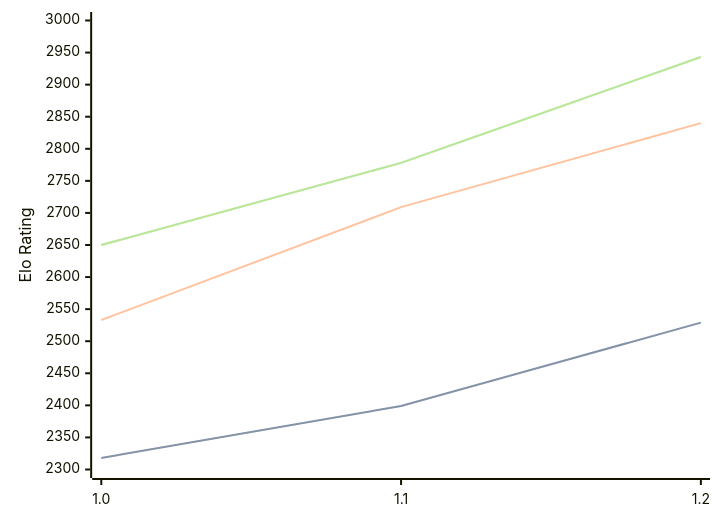
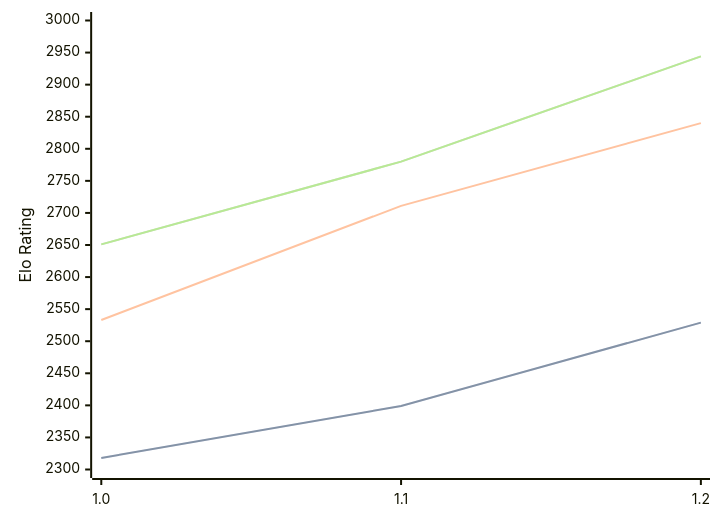
Before and after one commit to computer-chess-index/cci: the diagram in engines/FoxChess.md, drawn with Mermaid. The commit also changed other lines of this file, not shown here.

Commit message:
Update CCI Ratings (ELO VLTC) - 2026-09-13

````diff
--- a/engines/FoxChess.md
+++ b/engines/FoxChess.md
@@ -33,11 +33,11 @@
 ```mermaid
 %%{init: {"theme":"base","themeVariables":{"seriesColors:['#a3a3a3','#222221','#faa371']}}}%%
 xychart-beta
   x-axis ["1.0", "1.1", "1.2"]
   y-axis "Elo Rating" 2300 --> 3000
   line "" [2318, 2399, 2529]
   line "STC (8.0+0.08s)" [2318, 2399, 2529]
-  line "LTC (60.0+0.60s)" [2533, 2709, 2840]
-  line "" [2650, 2778, 2943]
-  line "VLTC (2m24s+1.12s)" [2650, 2778, 2943]
+  line "LTC (60.0+0.60s)" [2533, 2711, 2840]
+  line "" [2651, 2780, 2944]
+  line "VLTC (2m24s+1.12s)" [2651, 2780, 2944]
 ```
````
